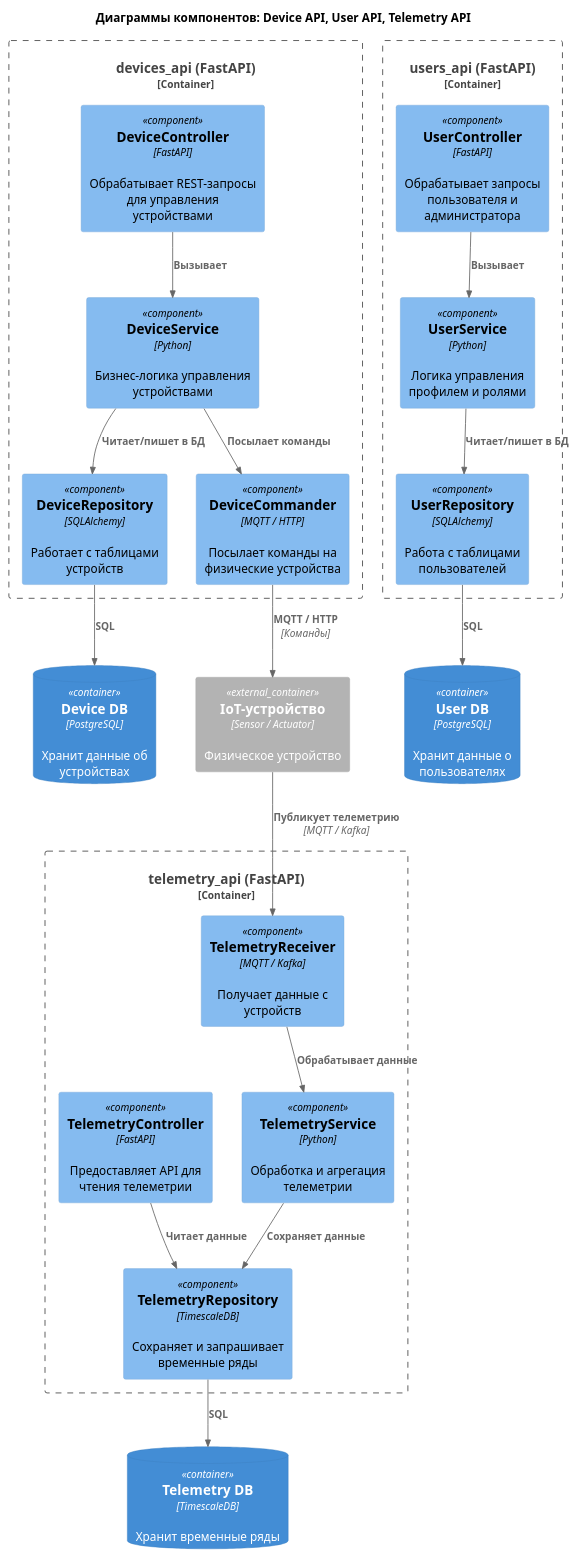
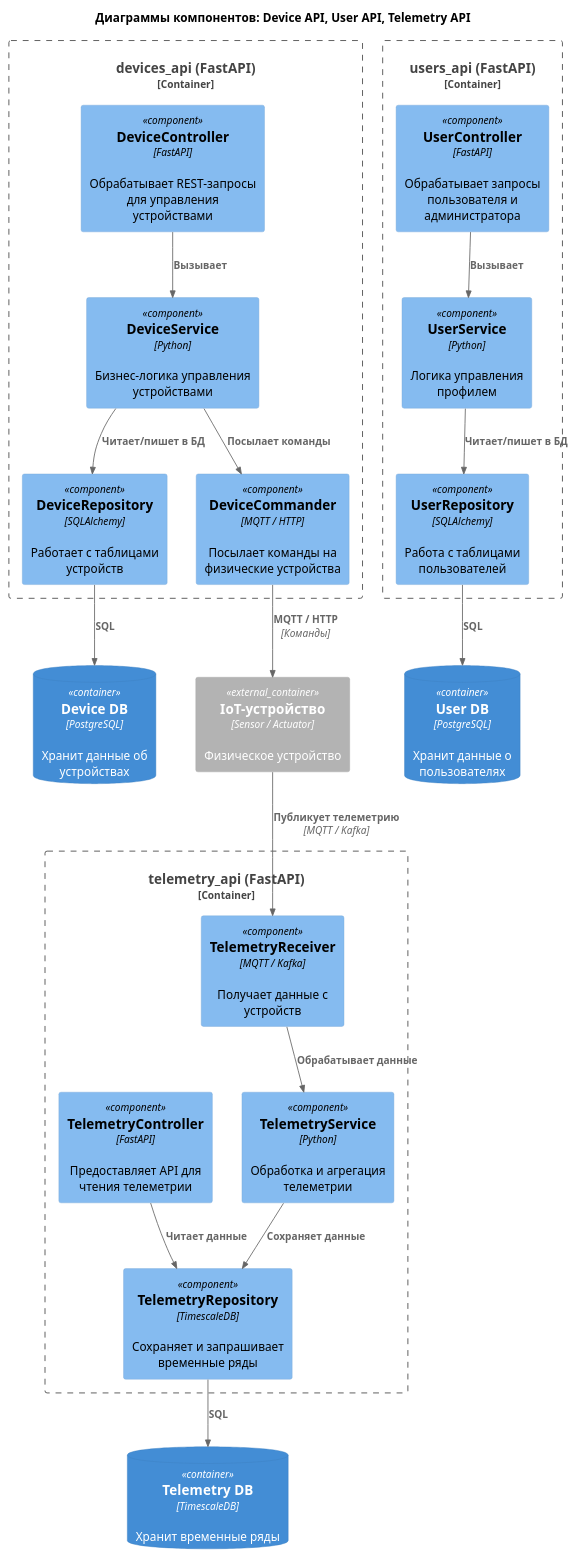
Before and after one commit to donottaket/yandex_practicum-software_architect-project_3: the diagram in docs/diagrams/to-be-component-digram.puml, drawn with PlantUML. The commit also changed 2 other files, not shown here.

Commit message:
Refactor diagrams: remove unused classes and update component descriptions

```diff
--- a/docs/diagrams/to-be-component-digram.puml
+++ b/docs/diagrams/to-be-component-digram.puml
@@ -1,54 +1,54 @@
 @startuml components
 !include https://raw.githubusercontent.com/plantuml-stdlib/C4-PlantUML/master/C4_Component.puml
 
-' ===== Device API =====
 title "Диаграммы компонентов: Device API, User API, Telemetry API"
 
+' ===== Device API =====
 Container_Boundary(devices_api, "devices_api (FastAPI)") {
   Component(device_controller, "DeviceController", "FastAPI", "Обрабатывает REST-запросы для управления устройствами")
   Component(device_service, "DeviceService", "Python", "Бизнес-логика управления устройствами")
   Component(device_repo, "DeviceRepository", "SQLAlchemy", "Работает с таблицами устройств")
   Component(device_commander, "DeviceCommander", "MQTT / HTTP", "Посылает команды на физические устройства")
 
   Rel(device_controller, device_service, "Вызывает")
   Rel(device_service, device_repo, "Читает/пишет в БД")
   Rel(device_service, device_commander, "Посылает команды")
 }
 
 ContainerDb(devices_db, "Device DB", "PostgreSQL", "Хранит данные об устройствах")
 Rel(device_repo, devices_db, "SQL")
 Container_Ext(device, "IoT-устройство", "Sensor / Actuator", "Физическое устройство")
 Rel(device_commander, device, "MQTT / HTTP", "Команды")
 
 
 ' ===== User API =====
 Container_Boundary(users_api, "users_api (FastAPI)") {
   Component(user_controller, "UserController", "FastAPI", "Обрабатывает запросы пользователя и администратора")
-  Component(user_service, "UserService", "Python", "Логика управления профилем и ролями")
+  Component(user_service, "UserService", "Python", "Логика управления профилем")
   Component(user_repo, "UserRepository", "SQLAlchemy", "Работа с таблицами пользователей")
 
   Rel(user_controller, user_service, "Вызывает")
   Rel(user_service, user_repo, "Читает/пишет в БД")
 }
 
 ContainerDb(users_db, "User DB", "PostgreSQL", "Хранит данные о пользователях")
 Rel(user_repo, users_db, "SQL")
 
 
 ' ===== Telemetry API =====
 Container_Boundary(telemetry_api, "telemetry_api (FastAPI)") {
   Component(telemetry_receiver, "TelemetryReceiver", "MQTT / Kafka", "Получает данные с устройств")
   Component(telemetry_service, "TelemetryService", "Python", "Обработка и агрегация телеметрии")
   Component(telemetry_repo, "TelemetryRepository", "TimescaleDB", "Сохраняет и запрашивает временные ряды")
   Component(telemetry_controller, "TelemetryController", "FastAPI", "Предоставляет API для чтения телеметрии")
 
   Rel(telemetry_receiver, telemetry_service, "Обрабатывает данные")
   Rel(telemetry_service, telemetry_repo, "Сохраняет данные")
   Rel(telemetry_controller, telemetry_repo, "Читает данные")
 }
 
 ContainerDb(telemetry_db, "Telemetry DB", "TimescaleDB", "Хранит временные ряды")
 Rel(telemetry_repo, telemetry_db, "SQL")
 Rel(device, telemetry_receiver, "Публикует телеметрию", "MQTT / Kafka")
 
 @enduml
```
